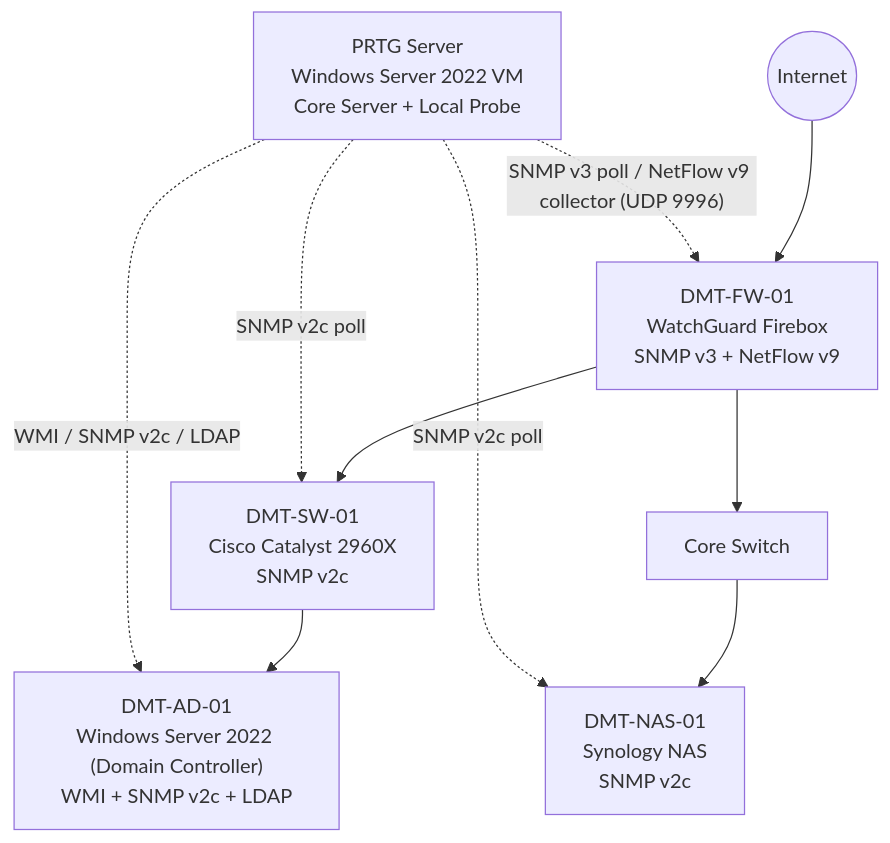
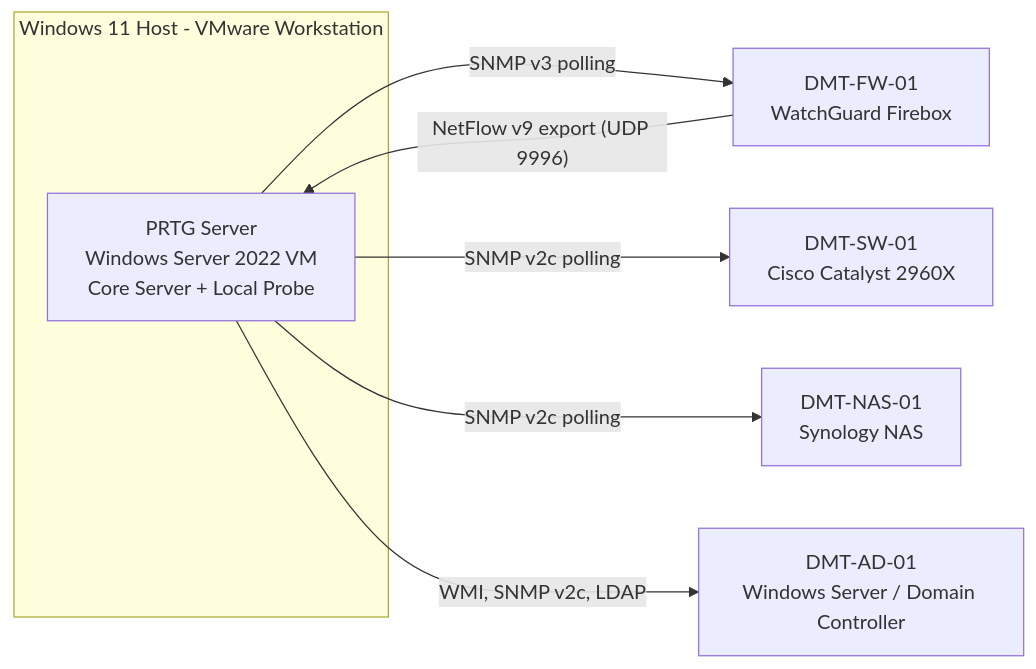
Before and after one commit to Heisdavein/PRTG-Network-Monitoring-End-to-End-Monitoring-Home-Lab: the first of 5 diagrams in README.md, drawn with Mermaid. The commit also changed other lines of this file, not shown here.

````diff
--- a/README.md
+++ b/README.md
@@ -31,13 +107,17 @@
 ```mermaid
-flowchart TD
-    Internet((Internet)) --> FW["DMT-FW-01<br/>WatchGuard Firebox<br/>SNMP v3 + NetFlow v9"]
-    FW --> SW["DMT-SW-01<br/>Cisco Catalyst 2960X<br/>SNMP v2c"]
-    FW --> CORE["Core Switch"]
-    SW --> AD["DMT-AD-01<br/>Windows Server 2022 (Domain Controller)<br/>WMI + SNMP v2c + LDAP"]
-    CORE --> NAS["DMT-NAS-01<br/>Synology NAS<br/>SNMP v2c"]
-    PRTG["PRTG Server<br/>Windows Server 2022 VM<br/>Core Server + Local Probe"]
-    PRTG -. "SNMP v3 poll / NetFlow v9 collector (UDP 9996)" .-> FW
-    PRTG -. "SNMP v2c poll" .-> SW
-    PRTG -. "SNMP v2c poll" .-> NAS
-    PRTG -. "WMI / SNMP v2c / LDAP" .-> AD
+flowchart LR
+    subgraph HOST["Windows 11 Host - VMware Workstation"]
+        PRTG["PRTG Server<br/>Windows Server 2022 VM<br/>Core Server + Local Probe"]
+    end
+
+    FW["DMT-FW-01<br/>WatchGuard Firebox"]
+    SW["DMT-SW-01<br/>Cisco Catalyst 2960X"]
+    NAS["DMT-NAS-01<br/>Synology NAS"]
+    AD["DMT-AD-01<br/>Windows Server / Domain Controller"]
+
+    PRTG -- "SNMP v3 polling" --> FW
+    FW -- "NetFlow v9 export (UDP 9996)" --> PRTG
+    PRTG -- "SNMP v2c polling" --> SW
+    PRTG -- "SNMP v2c polling" --> NAS
+    PRTG -- "WMI, SNMP v2c, LDAP" --> AD
 ```
````
